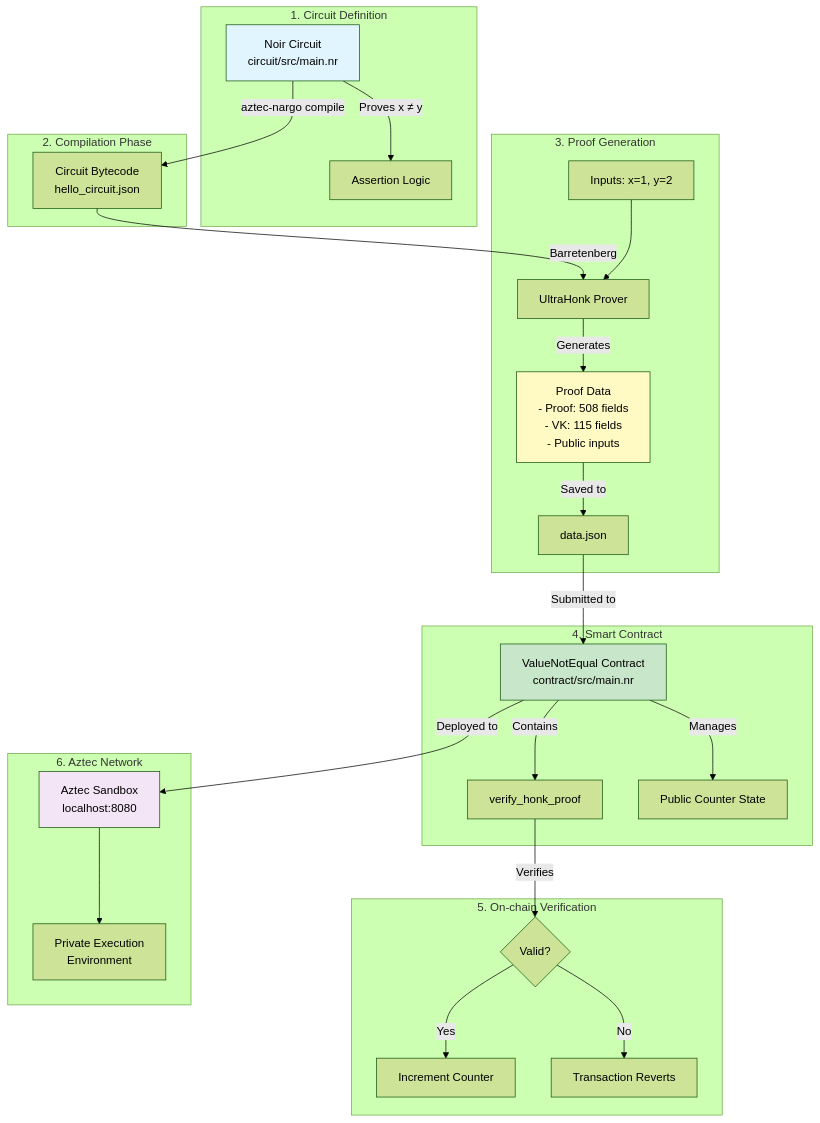
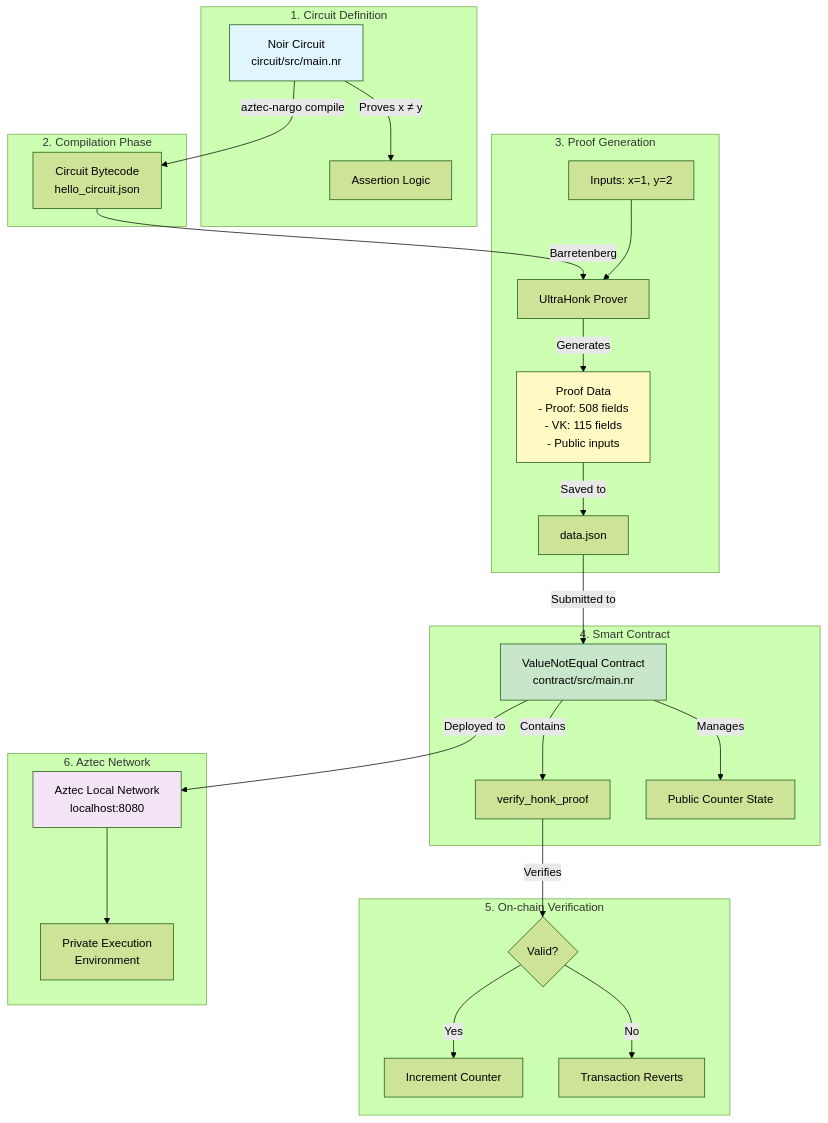
The first of 2 diagrams in recursive_verification/EXPLAINER.md (AztecProtocol/aztec-examples), drawn with Mermaid (forest theme) before and after one commit. The commit also changed other lines of this file and 8 other files, not shown here.

Commit message:
Update workflows and documentation to replace 'sandbox' with 'local-network'

````diff
--- a/recursive_verification/EXPLAINER.md
+++ b/recursive_verification/EXPLAINER.md
@@ -20,44 +20,44 @@
 ```mermaid
 
 flowchart TB
     subgraph "1. Circuit Definition"
         NC[Noir Circuit<br/>circuit/src/main.nr]
         NC -->|Proves x ≠ y| PROOF_LOGIC[Assertion Logic]
     end
 
     subgraph "2. Compilation Phase"
         NC -->|aztec-nargo compile| BYTECODE[Circuit Bytecode<br/>hello_circuit.json]
     end
 
     subgraph "3. Proof Generation"
         BYTECODE -->|Barretenberg| PROVER[UltraHonk Prover]
         INPUTS[Inputs: x=1, y=2] --> PROVER
         PROVER -->|Generates| PROOF_DATA[Proof Data<br/>- Proof: 508 fields<br/>- VK: 115 fields<br/>- Public inputs]
         PROOF_DATA -->|Saved to| JSON[data.json]
     end
 
     subgraph "4. Smart Contract"
         CONTRACT[ValueNotEqual Contract<br/>contract/src/main.nr]
         CONTRACT -->|Contains| VERIFY[verify_honk_proof]
         CONTRACT -->|Manages| STATE[Public Counter State]
     end
 
     subgraph "5. On-chain Verification"
         JSON -->|Submitted to| CONTRACT
         VERIFY -->|Verifies| RESULT{Valid?}
         RESULT -->|Yes| INCREMENT[Increment Counter]
         RESULT -->|No| FAIL[Transaction Reverts]
     end
 
     subgraph "6. Aztec Network"
-        SANDBOX[Aztec Sandbox<br/>localhost:8080]
+        LOCAL_NETWORK[Aztec Local Network<br/>localhost:8080]
         PXE[Private Execution<br/>Environment]
-        SANDBOX --> PXE
-        CONTRACT -->|Deployed to| SANDBOX
+        LOCAL_NETWORK --> PXE
+        CONTRACT -->|Deployed to| LOCAL_NETWORK
     end
 
     style NC fill:#e1f5fe
     style CONTRACT fill:#c8e6c9
     style PROOF_DATA fill:#fff9c4
-    style SANDBOX fill:#f3e5f5
+    style LOCAL_NETWORK fill:#f3e5f5
 ```
````
